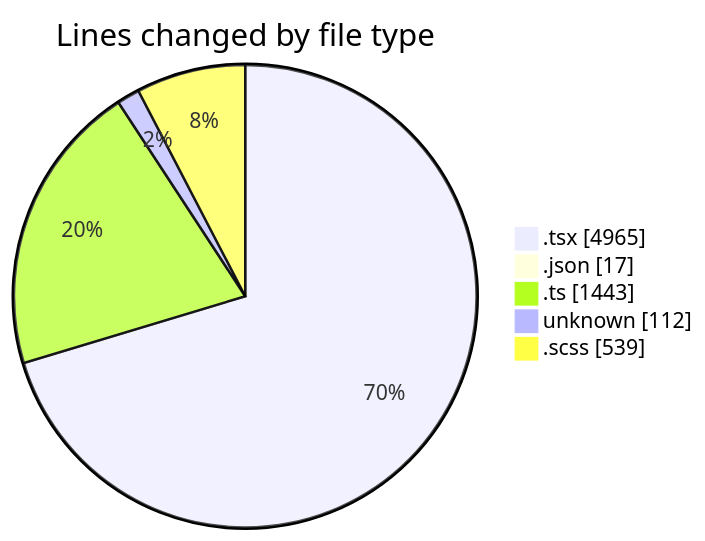
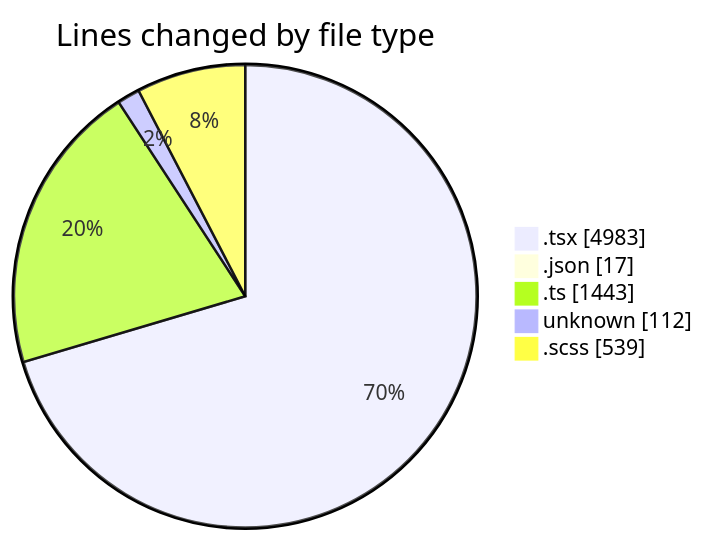
One commit to momahboobian/code-tracking changed the first of 2 diagrams in 2026-04-30/cda/README.md. Above: the diagram before and after it, drawn with Mermaid. The commit also changed other lines of this file and 1 other file, not shown here.

````diff
--- a/2026-04-30/cda/README.md
+++ b/2026-04-30/cda/README.md
@@ -69,9 +69,9 @@
 ```mermaid
 pie showData
 title Lines changed by file type
-".tsx" : 4965
+".tsx" : 4983
 ".json" : 17
 ".ts" : 1443
 "unknown" : 112
 ".scss" : 539
 ```
````
